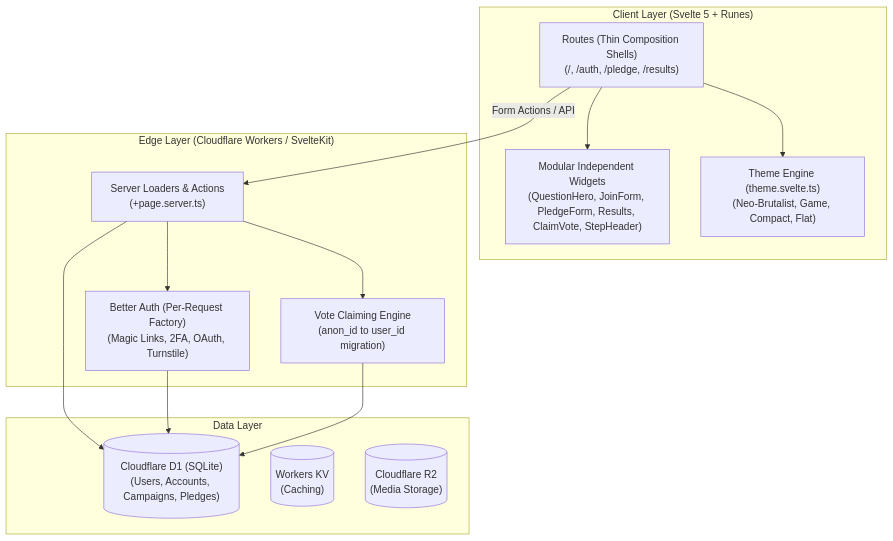
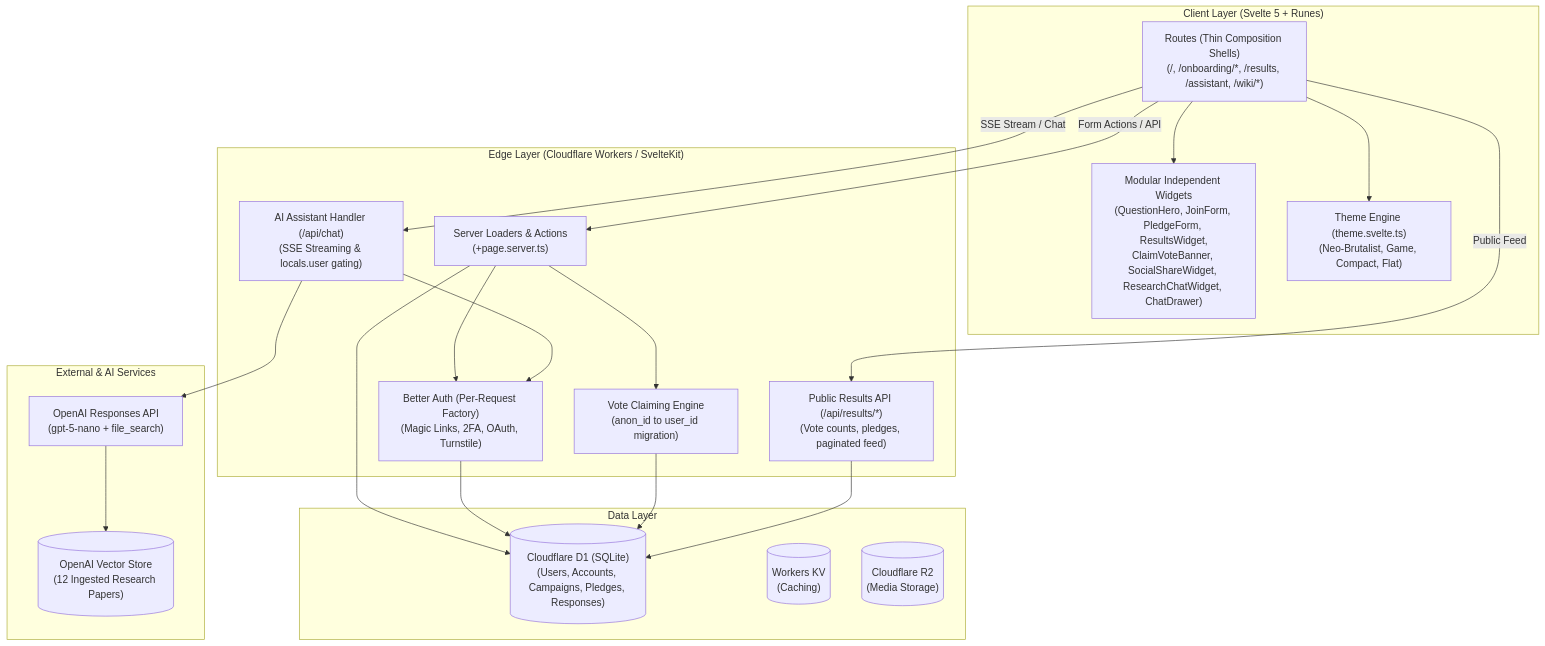
One commit to xcorat/wedontneednukes changed the diagram in docs/architecture/overview.md. Above: the diagram before and after it, drawn with Mermaid. The commit also changed other lines of this file and 11 other files, not shown here.

Commit message:
docs: update architectural documentation, guides, and agent context for recent releases

````diff
--- a/docs/architecture/overview.md
+++ b/docs/architecture/overview.md
@@ -5,29 +5,43 @@
 ```mermaid
 graph TD
     subgraph Browser ["Client Layer (Svelte 5 + Runes)"]
-        Routes["Routes (Thin Composition Shells)\n(/, /auth, /pledge, /results)"]
-        Widgets["Modular Independent Widgets\n(QuestionHero, JoinForm, PledgeForm, Results, ClaimVote, StepHeader)"]
+        Routes["Routes (Thin Composition Shells)\n(/, /onboarding/*, /results, /assistant, /wiki/*)"]
+        Widgets["Modular Independent Widgets\n(QuestionHero, JoinForm, PledgeForm, ResultsWidget,\nClaimVoteBanner, SocialShareWidget, ResearchChatWidget, ChatDrawer)"]
         Theme["Theme Engine (theme.svelte.ts)\n(Neo-Brutalist, Game, Compact, Flat)"]
         Routes --> Widgets
         Routes --> Theme
     end
 
     subgraph Edge ["Edge Layer (Cloudflare Workers / SvelteKit)"]
         ServerLoaders["Server Loaders & Actions\n(+page.server.ts)"]
         AuthFactory["Better Auth (Per-Request Factory)\n(Magic Links, 2FA, OAuth, Turnstile)"]
         ClaimEngine["Vote Claiming Engine\n(anon_id to user_id migration)"]
+        ChatAPI["AI Assistant Handler (/api/chat)\n(SSE Streaming & locals.user gating)"]
+        ResultsAPI["Public Results API (/api/results/*)\n(Vote counts, pledges, paginated feed)"]
+
         ServerLoaders --> AuthFactory
         ServerLoaders --> ClaimEngine
+        ChatAPI --> AuthFactory
+    end
+
+    subgraph External ["External & AI Services"]
+        OpenAI["OpenAI Responses API\n(gpt-5-nano + file_search)"]
+        VectorStore[("OpenAI Vector Store\n(12 Ingested Research Papers)")]
+        ChatAPI --> OpenAI
+        OpenAI --> VectorStore
     end
 
     subgraph Data ["Data Layer"]
-        DB[("Cloudflare D1 (SQLite)\n(Users, Accounts, Campaigns, Pledges)")]
+        DB[("Cloudflare D1 (SQLite)\n(Users, Accounts, Campaigns, Pledges, Responses)")]
         KV[("Workers KV\n(Caching)")]
         R2[("Cloudflare R2\n(Media Storage)")]
     end
 
     Routes -->|Form Actions / API| ServerLoaders
+    Routes -->|SSE Stream / Chat| ChatAPI
+    Routes -->|Public Feed| ResultsAPI
     ServerLoaders --> DB
     AuthFactory --> DB
     ClaimEngine --> DB
+    ResultsAPI --> DB
 ```
````
